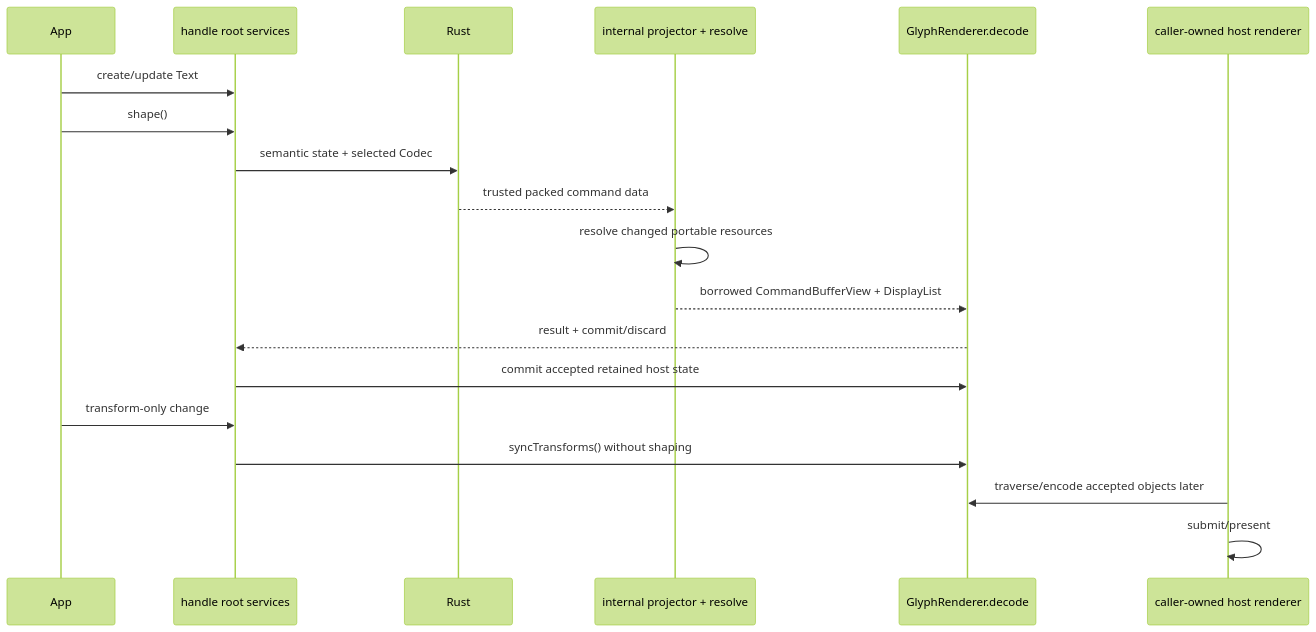
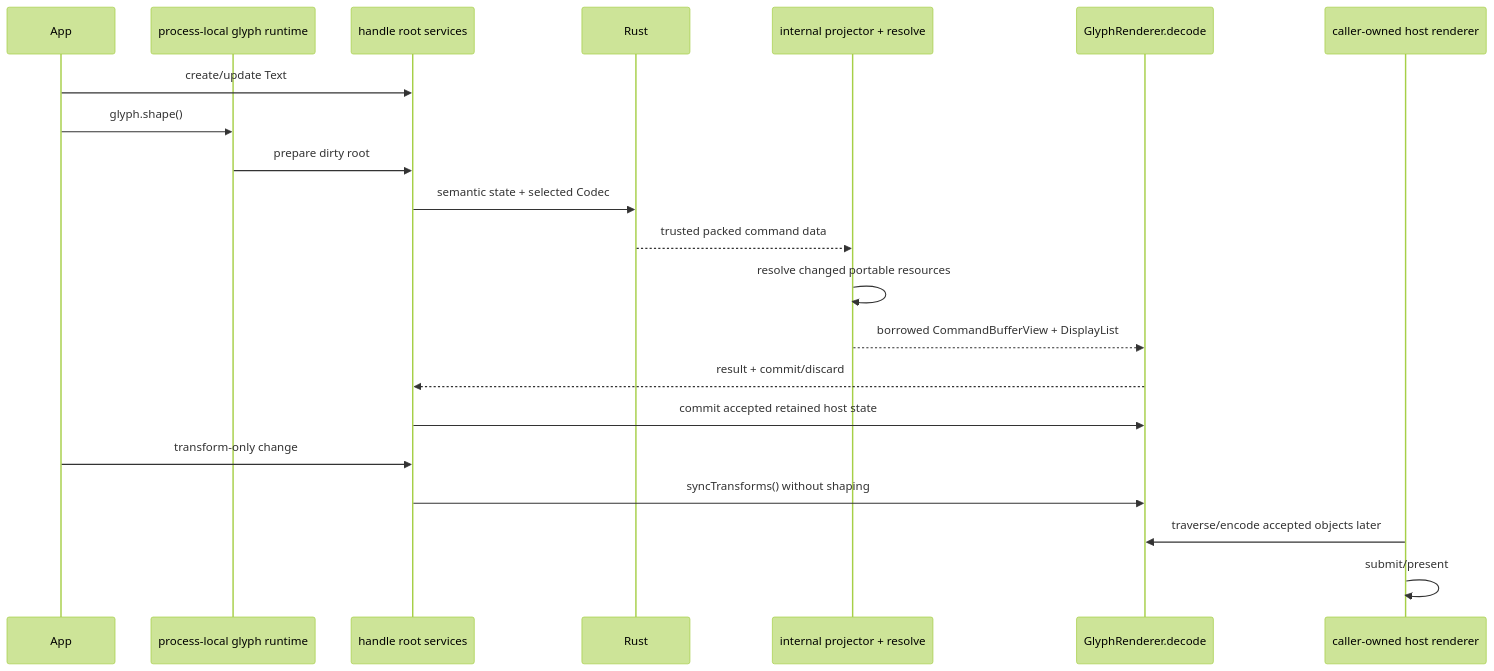
The second of 2 diagrams in docs/guides/technique-implementation-report.md (pmndrs/glyph), drawn with Mermaid (forest theme) before and after one commit. The commit also changed other lines of this file and 7 other files, not shown here.

````diff
--- a/docs/guides/technique-implementation-report.md
+++ b/docs/guides/technique-implementation-report.md
@@ -422,22 +426,24 @@
 ```mermaid
 sequenceDiagram
   participant App
+  participant Glyph as process-local glyph runtime
   participant Root as handle root services
   participant Rust
   participant Project as internal projector + resolve
   participant Renderer as GlyphRenderer.decode
   participant Host as caller-owned host renderer
 
   App->>Root: create/update Text
-  App->>Root: shape()
+  App->>Glyph: glyph.shape()
+  Glyph->>Root: prepare dirty root
   Root->>Rust: semantic state + selected Codec
   Rust-->>Project: trusted packed command data
   Project->>Project: resolve changed portable resources
   Project-->>Renderer: borrowed CommandBufferView + DisplayList
   Renderer-->>Root: result + commit/discard
   Root->>Renderer: commit accepted retained host state
   App->>Root: transform-only change
   Root->>Renderer: syncTransforms() without shaping
   Host->>Renderer: traverse/encode accepted objects later
   Host->>Host: submit/present
 ```
````
